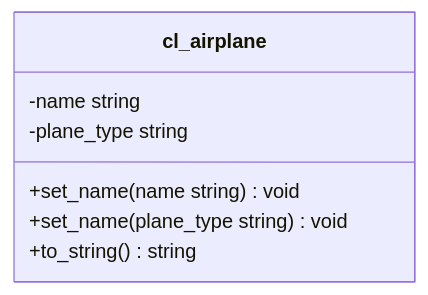
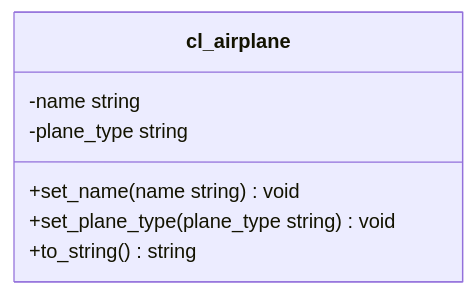
One commit to appenmaier/s4hana changed the diagram in docs/exercises/abap-objects/abap-objects-01.md. Above: the diagram before and after it, drawn with Mermaid.

````diff
--- a/docs/exercises/abap-objects/abap-objects-01.md
+++ b/docs/exercises/abap-objects/abap-objects-01.md
@@ -10,10 +10,10 @@
 ```mermaid
 classDiagram
     class cl_airplane {
       -name string
       -plane_type string
       +set_name(name string) void
-      +set_name(plane_type string) void
+      +set_plane_type(plane_type string) void
       +to_string() string
     }
 ```
````
